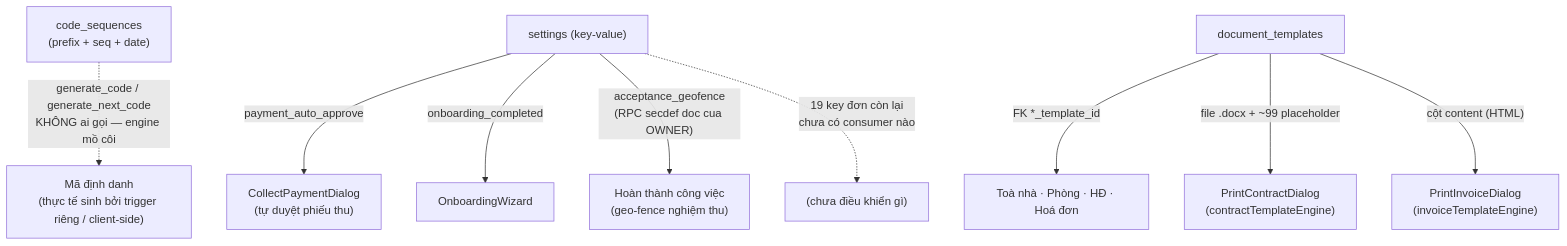
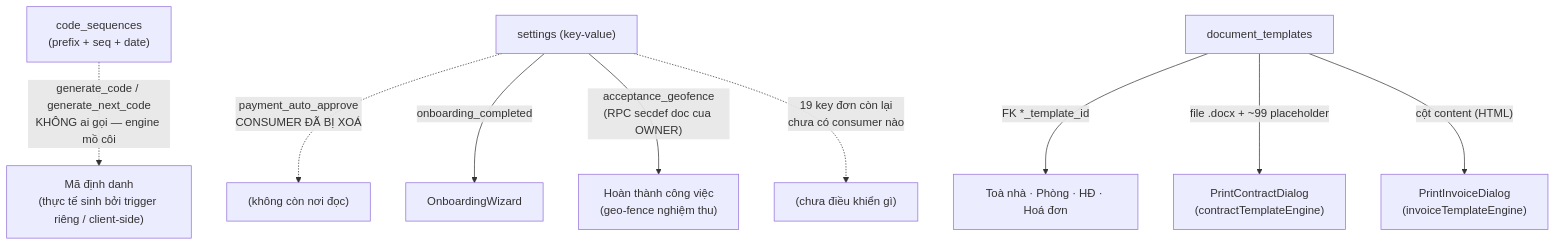
Before and after one commit to zxGreenxz/whiteboard-ihomecrm: the second of 4 diagrams in docs/he-thong/14-cai-dat-danh-muc-tai-lieu.md, drawn with Mermaid. The commit also changed other lines of this file and 8 other files, not shown here.

````diff
--- a/docs/he-thong/14-cai-dat-danh-muc-tai-lieu.md
+++ b/docs/he-thong/14-cai-dat-danh-muc-tai-lieu.md
@@ -213,11 +213,11 @@
 ```mermaid
 flowchart TD
     seq["code_sequences<br/>(prefix + seq + date)"] -.->|"generate_code / generate_next_code<br/>KHÔNG ai gọi — engine mồ côi"| codes["Mã định danh<br/>(thực tế sinh bởi trigger riêng / client-side)"]
-    settings["settings (key-value)"] -->|payment_auto_approve| collect["CollectPaymentDialog<br/>(tự duyệt phiếu thu)"]
+    settings["settings (key-value)"] -.->|payment_auto_approve<br/>CONSUMER ĐÃ BỊ XOÁ| collect["(không còn nơi đọc)"]
     settings -->|onboarding_completed| onboard["OnboardingWizard"]
     settings -->|"acceptance_geofence<br/>(RPC secdef doc cua OWNER)"| geo["Hoàn thành công việc<br/>(geo-fence nghiệm thu)"]
     settings -.->|"19 key đơn còn lại<br/>chưa có consumer nào"| ghost["(chưa điều khiển gì)"]
     tpl["document_templates"] -->|FK *_template_id| domains["Toà nhà · Phòng · HĐ · Hoá đơn"]
     tpl -->|"file .docx + ~99 placeholder"| pc["PrintContractDialog<br/>(contractTemplateEngine)"]
     tpl -->|"cột content (HTML)"| pi["PrintInvoiceDialog<br/>(invoiceTemplateEngine)"]
 ```
````
